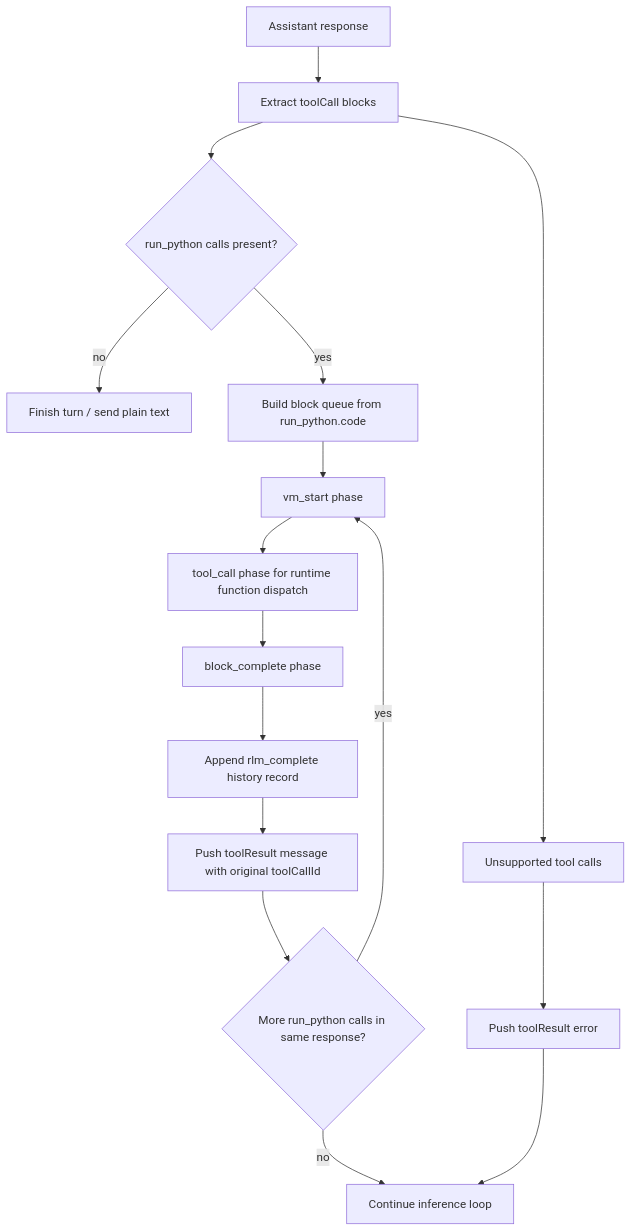
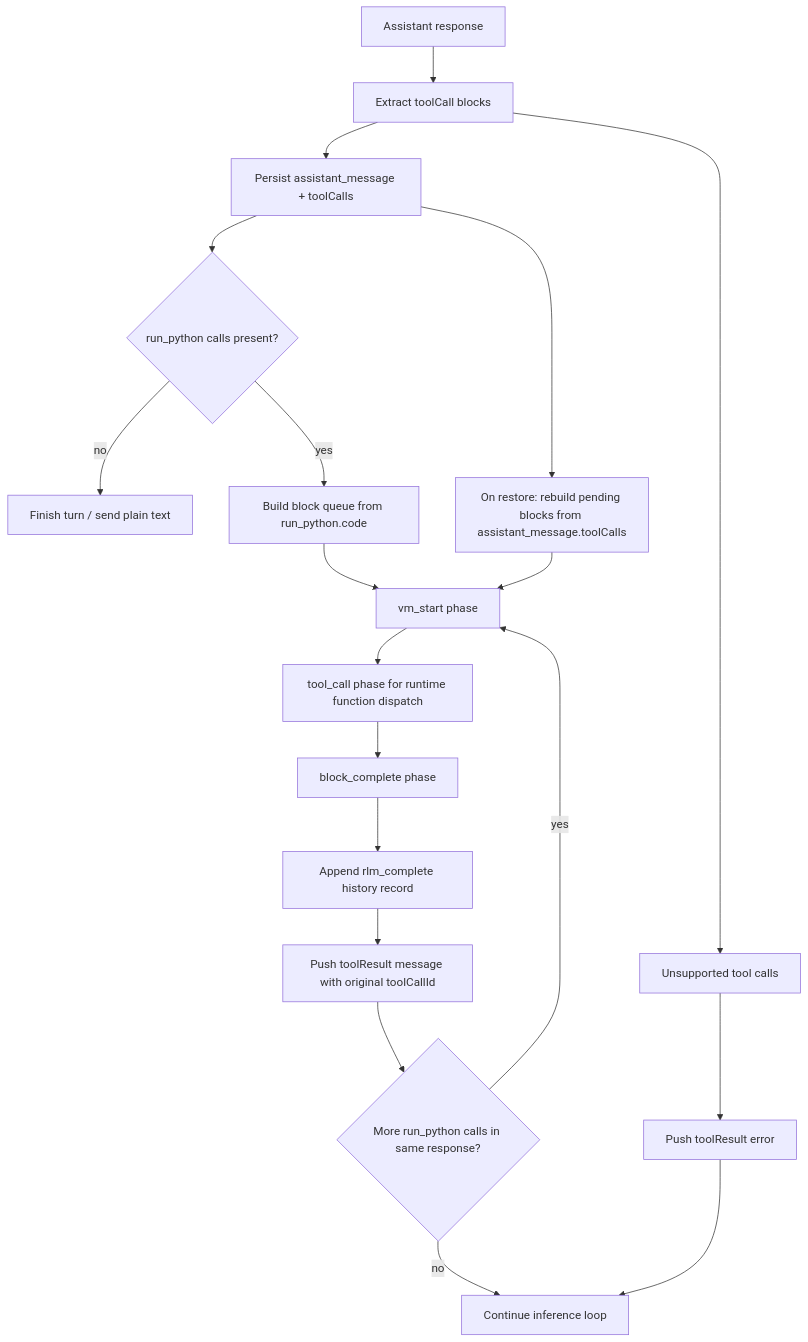
The diagram in doc/internals/rlm-multiline-python.md (ex3ndr/daycare), drawn with Mermaid before and after one commit. The commit also changed other lines of this file and 5 other files, not shown here.

Commit message:
fix(rlm): persist assistant tool calls for restore

````diff
--- a/doc/internals/rlm-multiline-python.md
+++ b/doc/internals/rlm-multiline-python.md
@@ -15,18 +17,21 @@
 ```mermaid
 flowchart TD
   U[Assistant response] --> A[Extract toolCall blocks]
-  A --> B{run_python calls present?}
-  B -- no --> C[Finish turn / send plain text]
-  B -- yes --> D[Build block queue from run_python.code]
-  D --> E[vm_start phase]
-  E --> F[tool_call phase for runtime function dispatch]
-  F --> G[block_complete phase]
-  G --> H[Append rlm_complete history record]
-  H --> I[Push toolResult message with original toolCallId]
-  I --> J{More run_python calls in same response?}
-  J -- yes --> E
-  J -- no --> K[Continue inference loop]
-  A --> L[Unsupported tool calls]
-  L --> M[Push toolResult error]
-  M --> K
+  A --> B[Persist assistant_message + toolCalls]
+  B --> C{run_python calls present?}
+  C -- no --> D[Finish turn / send plain text]
+  C -- yes --> E[Build block queue from run_python.code]
+  E --> F[vm_start phase]
+  F --> G[tool_call phase for runtime function dispatch]
+  G --> H[block_complete phase]
+  H --> I[Append rlm_complete history record]
+  I --> J[Push toolResult message with original toolCallId]
+  J --> K{More run_python calls in same response?}
+  K -- yes --> F
+  K -- no --> L[Continue inference loop]
+  A --> M[Unsupported tool calls]
+  M --> N[Push toolResult error]
+  N --> L
+  B --> O[On restore: rebuild pending blocks from assistant_message.toolCalls]
+  O --> F
 ```
````
